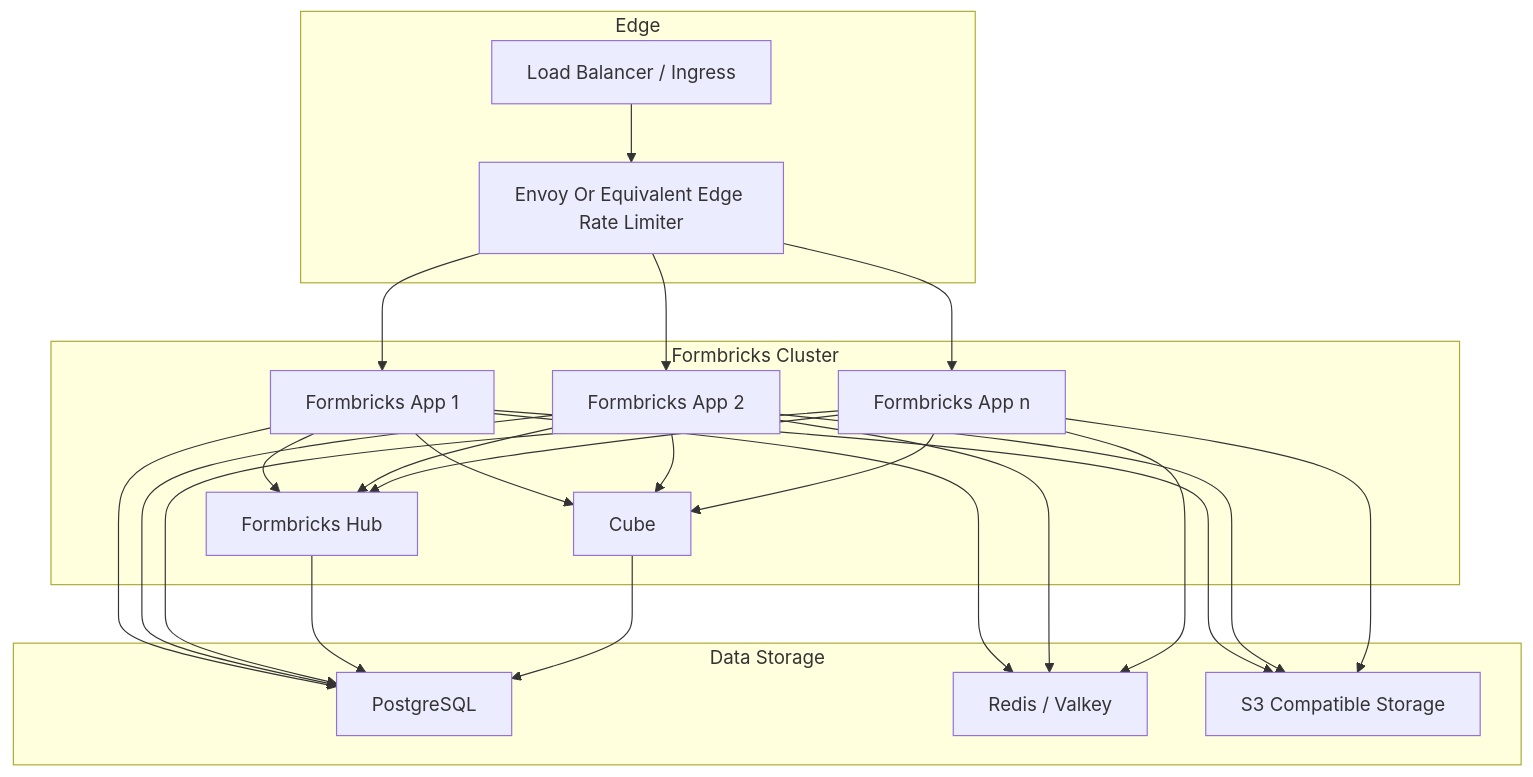
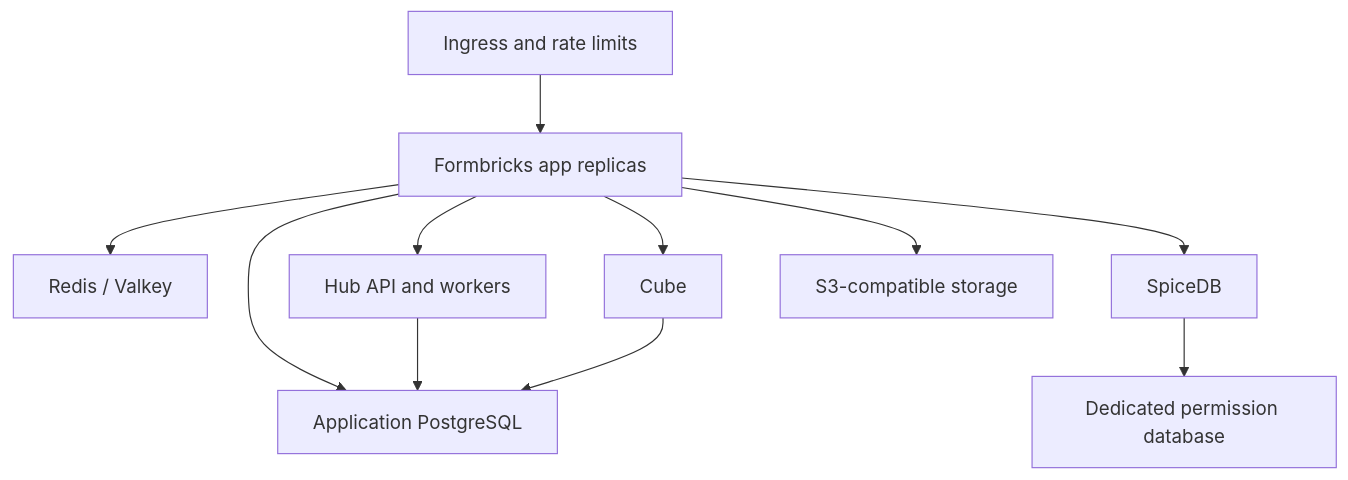
One commit to formbricks/formbricks changed the diagram in docs/self-hosting/setup/cluster-setup.mdx. Above: the diagram before and after it, drawn with Mermaid. The commit also changed other lines of this file and 112 other files, not shown here.

````diff
--- a/docs/self-hosting/setup/cluster-setup.mdx
+++ b/docs/self-hosting/setup/cluster-setup.mdx
@@ -30,48 +21,13 @@
 ```mermaid
 graph TD
-    subgraph Edge
-        LB["Load Balancer / Ingress"]
-        RL["Envoy Or Equivalent Edge Rate Limiter"]
-    end
-
-    subgraph Formbricks Cluster
-        FB1["Formbricks App 1"]
-        FB2["Formbricks App 2"]
-        FB3["Formbricks App n"]
-        HUB["Formbricks Hub"]
-        CUBE["Cube"]
-    end
-
-    subgraph Data Storage
-        PSQL["PostgreSQL"]
-        REDIS["Redis / Valkey"]
-        S3["S3 Compatible Storage"]
-    end
-
-    LB --> RL
-    RL --> FB1
-    RL --> FB2
-    RL --> FB3
-
-    FB1 --> PSQL
-    FB2 --> PSQL
-    FB3 --> PSQL
-    HUB --> PSQL
-
-    FB1 --> REDIS
-    FB2 --> REDIS
-    FB3 --> REDIS
-
-    FB1 --> HUB
-    FB2 --> HUB
-    FB3 --> HUB
-
-    FB1 --> CUBE
-    FB2 --> CUBE
-    FB3 --> CUBE
-    CUBE --> PSQL
-
-    FB1 --> S3
-    FB2 --> S3
-    FB3 --> S3
+    Edge["Ingress and rate limits"] --> App["Formbricks app replicas"]
+    App --> DB["Application PostgreSQL"]
+    App --> Redis["Redis / Valkey"]
+    App --> Spice["SpiceDB"]
+    Spice --> AuthDB["Dedicated permission database"]
+    App --> Hub["Hub API and workers"]
+    Hub --> DB
+    App --> Cube["Cube"]
+    Cube --> DB
+    App --> Files["S3-compatible storage"]
 ```
````
